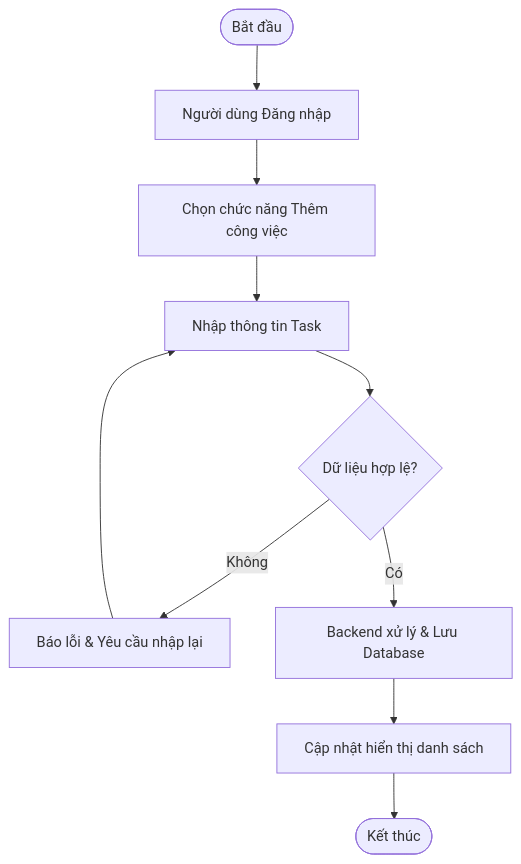
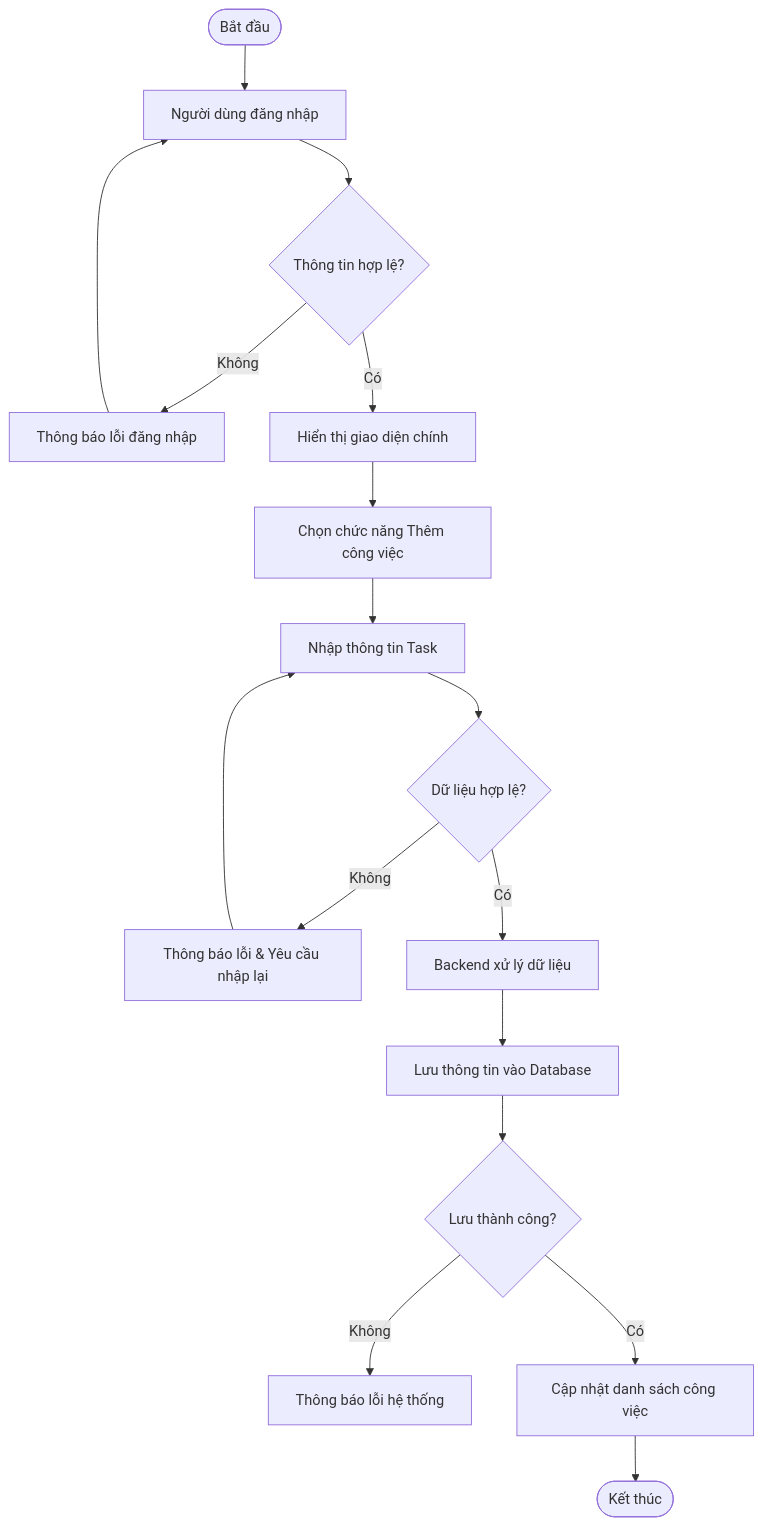
Before and after one commit to anhngocto-prog/He-thong-quan-ly-va-theo-doi-tien-do-cong-viec-ca-nhan: the second of 5 diagrams in ANALYSIS.md, drawn with Mermaid. The commit also changed other lines of this file, not shown here.

````diff
--- a/ANALYSIS.md
+++ b/ANALYSIS.md
@@ -107,14 +171,35 @@
 ```mermaid
 flowchart TD
-    A([Bắt đầu]) --> B[Người dùng Đăng nhập]
-    B --> C[Chọn chức năng Thêm công việc]
-    C --> D[Nhập thông tin Task]
-    D --> E{Dữ liệu hợp lệ?}
+
+    A([Bắt đầu])
+
+    A --> B[Người dùng đăng nhập]
+
+    B --> C{Thông tin hợp lệ?}
+
+    C -- Không --> D[Thông báo lỗi đăng nhập]
+    D --> B
+
+    C -- Có --> E[Hiển thị giao diện chính]
+
+    E --> F[Chọn chức năng Thêm công việc]
+
+    F --> G[Nhập thông tin Task]
+
+    G --> H{Dữ liệu hợp lệ?}
     
-    E -- Không --> F[Báo lỗi & Yêu cầu nhập lại]
-    F --> D
+    H -- Không --> I[Thông báo lỗi & Yêu cầu nhập lại]
+    I --> G
     
-    E -- Có --> G[Backend xử lý & Lưu Database]
-    G --> H[Cập nhật hiển thị danh sách]
-    H --> I([Kết thúc])
+    H -- Có --> J[Backend xử lý dữ liệu]
+
+    J --> K[Lưu thông tin vào Database]
+
+    K --> L{Lưu thành công?}
+
+    L -- Không --> M[Thông báo lỗi hệ thống]
+
+    L -- Có --> N[Cập nhật danh sách công việc]
+
+    N --> O([Kết thúc])
 ```
````
